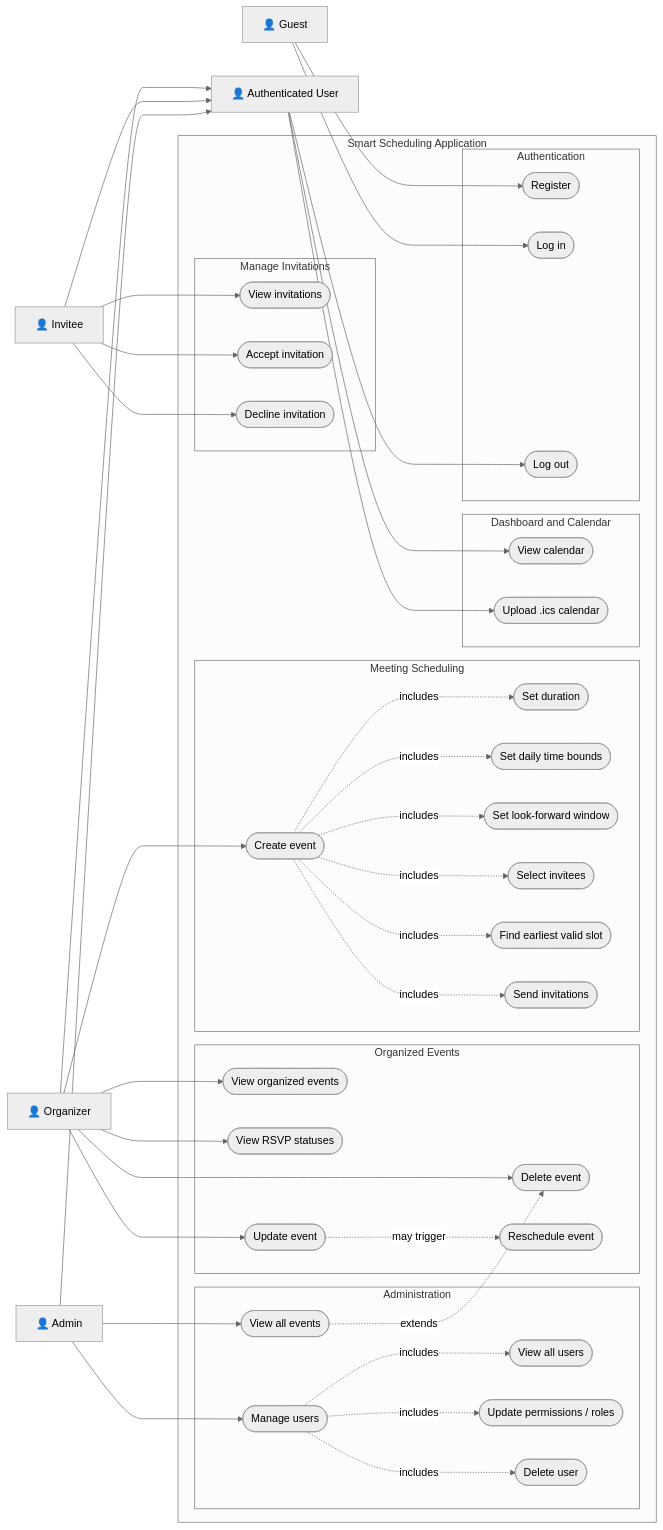
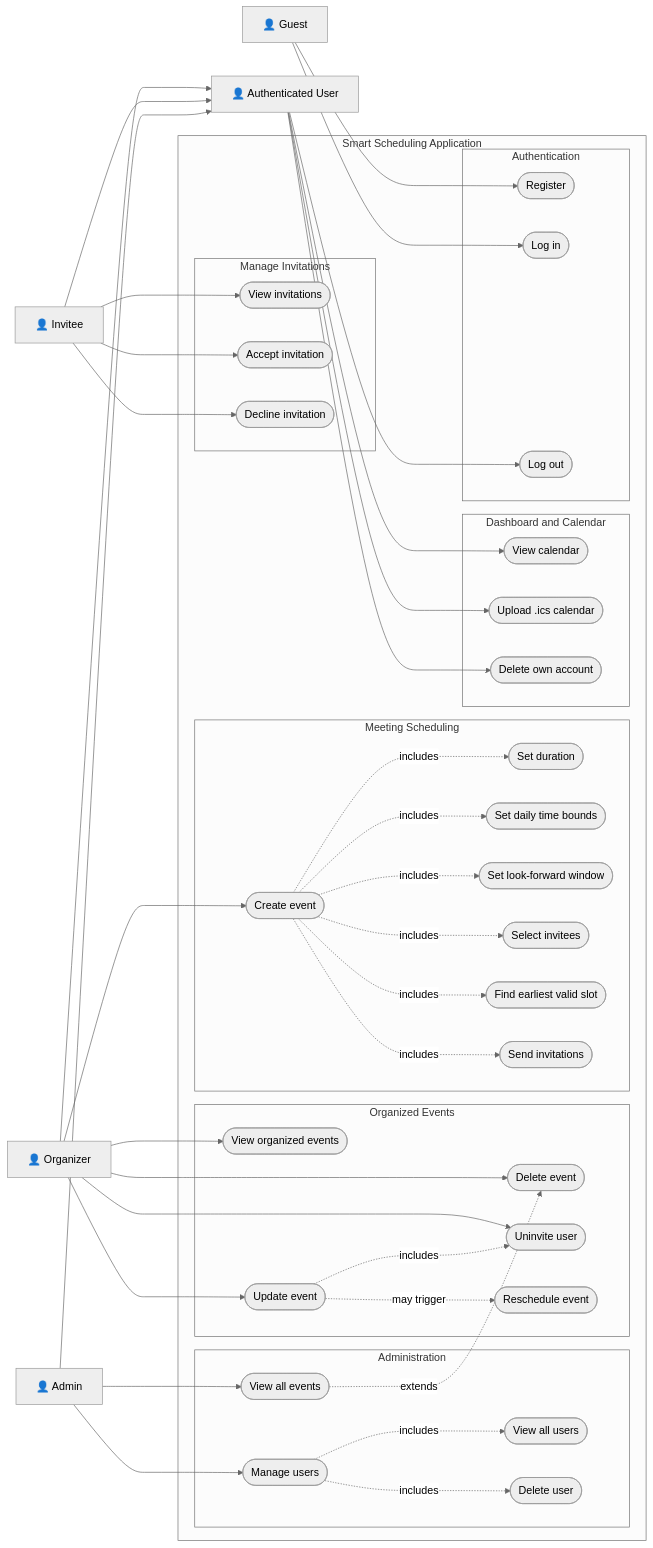
One commit to scarlettcsung/scheduler-app changed the diagram in documentation/UML/usecase-diagram.md. Above: the diagram before and after it, drawn with Mermaid (neutral theme).

Commit message:
AA CR: Updated the usecase-diagram.md
Deleted use case "Update permissions / roles" since that is not in the program, added use case "Delete account" and "Uninvite user"

```diff
--- a/documentation/UML/usecase-diagram.md
+++ b/documentation/UML/usecase-diagram.md
@@ -17,12 +17,10 @@
         subgraph Administration [Administration]
             UC_ManageUsers([Manage users])
             UC_ViewAllUsers([View all users])
-            UC_UpdatePerms([Update permissions / roles])
             UC_DeleteUser([Delete user])
             UC_ViewAllEvents([View all events])
 
             UC_ManageUsers -.->|includes| UC_ViewAllUsers
-            UC_ManageUsers -.->|includes| UC_UpdatePerms
             UC_ManageUsers -.->|includes| UC_DeleteUser
         end
 
@@ -34,12 +32,13 @@
 
         subgraph OrganizedEvents [Organized Events]
             UC_ViewOrgEvents([View organized events])
-            UC_ViewRSVP([View RSVP statuses])
             UC_DeleteEvent([Delete event])
             UC_UpdateEvent([Update event])
+            UC_UninviteUser([Uninvite user])
             UC_RescheduleEvent([Reschedule event])
 
             UC_UpdateEvent -.->|may trigger| UC_RescheduleEvent
+            UC_UpdateEvent -.->|includes| UC_UninviteUser
         end
 
         %% Cross-Group Extension
@@ -65,6 +64,8 @@
         subgraph DashboardCalendar [Dashboard and Calendar]
             UC_ViewCalendar([View calendar])
             UC_UploadICS([Upload .ics calendar])
+            UC_DeleteOwnAccount([Delete own account])
+            
         end
 
         subgraph Auth [Authentication]
@@ -84,13 +85,15 @@
     Invitee --> UC_DeclineInvite
 
     Organizer --> UC_ViewOrgEvents
-    Organizer --> UC_ViewRSVP
     Organizer --> UC_DeleteEvent
     Organizer --> UC_UpdateEvent
     Organizer --> UC_CreateEvent
+    Organizer --> UC_UninviteUser
+    
 
     AuthUser --> UC_ViewCalendar
     AuthUser --> UC_UploadICS
+    AuthUser --> UC_DeleteOwnAccount
     AuthUser --> UC_LogOut
 
     Guest --> UC_Register
```
